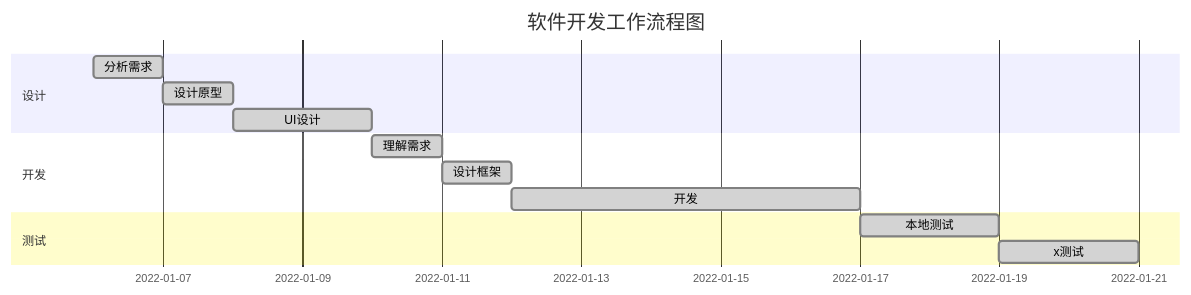
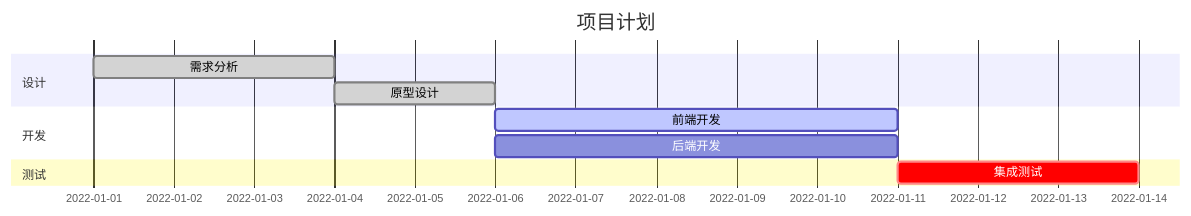
One commit to wly130/notes changed the fifth of 7 diagrams in Markdown语法.md. Above: the diagram before and after it, drawn with Mermaid. The commit also changed other lines of this file and 10 other files, not shown here.

````diff
--- a/Markdown语法.md
+++ b/Markdown语法.md
@@ -180,19 +432,16 @@
 ```mermaid
 gantt
-	dateFormat  YYYY-MM-DD
-	title 软件开发工作流程图
+    dateFormat YYYY-MM-DD
+    title 项目计划
 
-	section 设计
-	分析需求:done,des1, 2022-01-06,1d
-	设计原型:done,des2, after des1, 1d
-	UI设计:done,des3, after des2, 2d
+    section 设计
+    需求分析    :done, des1, 2022-01-01, 3d
+    原型设计    :done, des2, after des1, 2d
 
-	section 开发
-	理解需求:done,des4, after des3, 1d
-	设计框架:done, des5, after des4, 1d
-	开发:done, des6, after des5, 5d
+    section 开发
+    前端开发    :active, dev1, after des2, 5d
+    后端开发    :dev2, after des2, 5d
 
-	section 测试
-	本地测试:done, des7,after des6, 2d
-	x测试:done,des8,after des7, 2d
+    section 测试
+    集成测试    :crit, test1, after dev1, 3d
 ```
````
